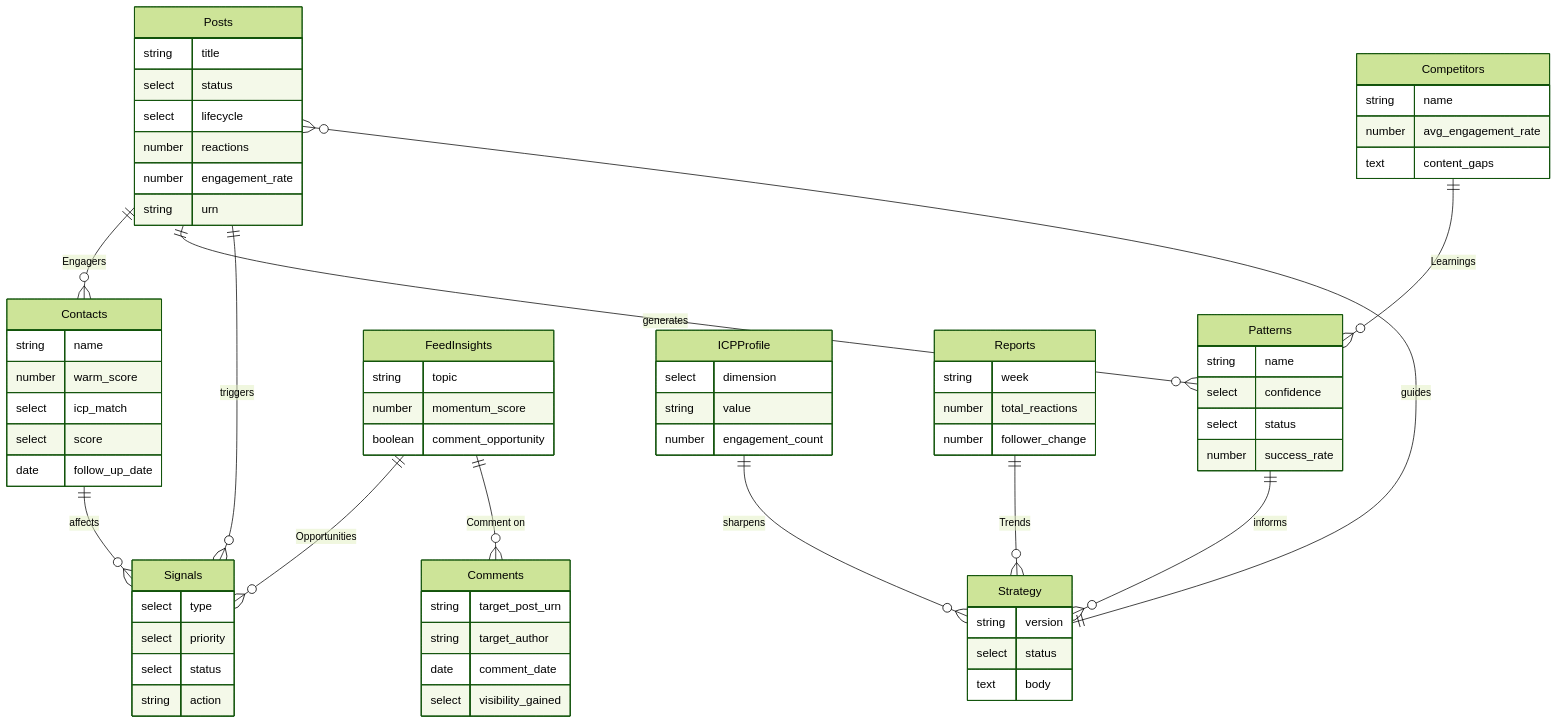
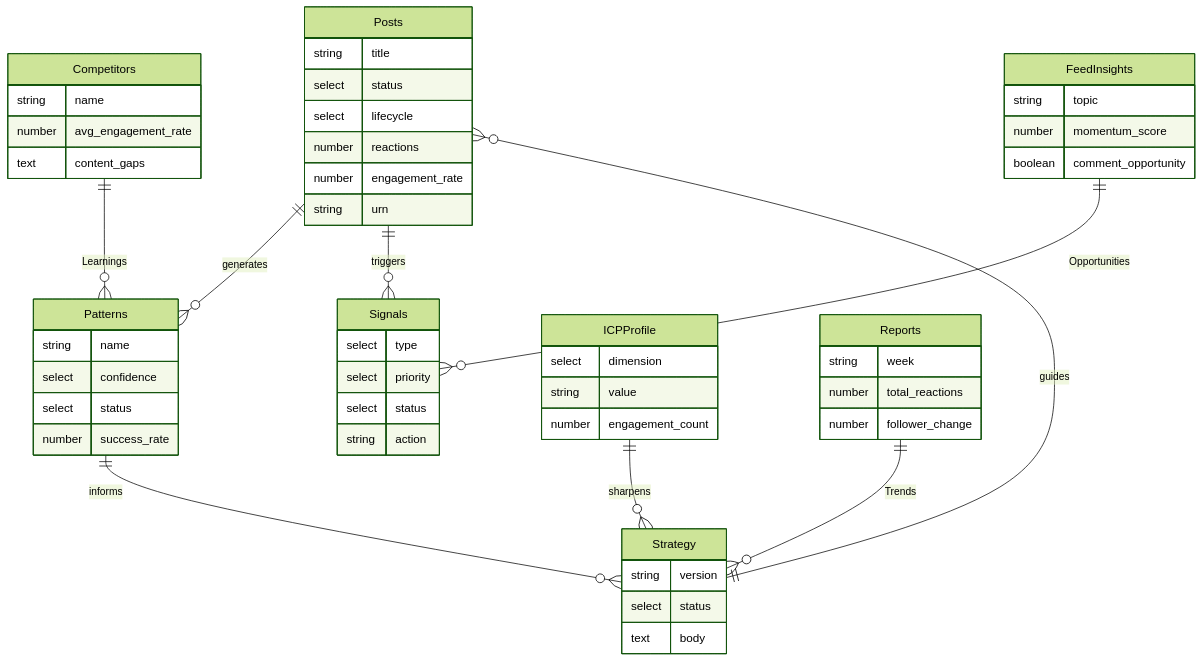
The seventh of 8 diagrams in plugin/README.md (sabania/linkedin-cli), drawn with Mermaid (forest theme) before and after one commit. The commit also changed other lines of this file and 13 other files, not shown here.

````diff
--- a/plugin/README.md
+++ b/plugin/README.md
@@ -223,82 +210,64 @@
 ```mermaid
 erDiagram
-    Posts ||--o{ Contacts : "Engagers"
     Posts ||--o{ Patterns : "generates"
     Posts ||--o{ Signals : "triggers"
-    Contacts ||--o{ Signals : "affects"
     Patterns ||--o{ Strategy : "informs"
     Strategy ||--o{ Posts : "guides"
     Competitors ||--o{ Patterns : "Learnings"
     FeedInsights ||--o{ Signals : "Opportunities"
-    FeedInsights ||--o{ Comments : "Comment on"
     ICPProfile ||--o{ Strategy : "sharpens"
     Reports ||--o{ Strategy : "Trends"
 
     Posts {
         string title
         select status
         select lifecycle
         number reactions
         number engagement_rate
         string urn
-    }
-
-    Contacts {
-        string name
-        number warm_score
-        select icp_match
-        select score
-        date follow_up_date
     }
 
     Patterns {
         string name
         select confidence
         select status
         number success_rate
     }
 
     Strategy {
         string version
         select status
         text body
     }
 
     Competitors {
         string name
         number avg_engagement_rate
         text content_gaps
     }
 
     Signals {
         select type
         select priority
         select status
         string action
     }
 
     FeedInsights {
         string topic
         number momentum_score
         boolean comment_opportunity
     }
 
-    Comments {
-        string target_post_urn
-        string target_author
-        date comment_date
-        select visibility_gained
-    }
-
     ICPProfile {
         select dimension
         string value
         number engagement_count
     }
 
     Reports {
         string week
         number total_reactions
         number follower_change
     }
 ```
````
